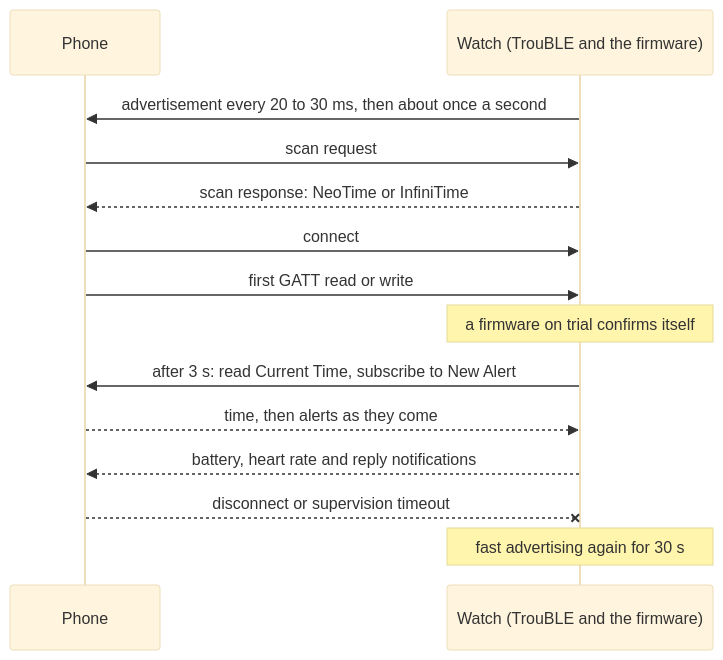
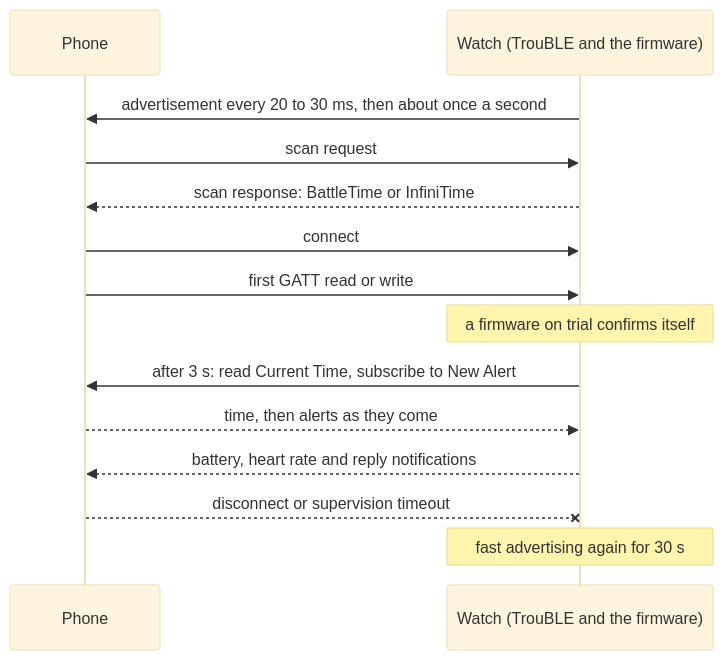
The second of 2 diagrams in docs/bluetooth.md (BeatLink/BattleTime), drawn with Mermaid (base theme) before and after one commit. The commit also changed other lines of this file and 1595 other files, not shown here.

First line of the commit message:
refactor!: rename NeoTime to BattleTime

````diff
--- a/docs/bluetooth.md
+++ b/docs/bluetooth.md
@@ -266,16 +266,16 @@
 ```mermaid
 sequenceDiagram
     participant Phone
     participant Watch as Watch (TrouBLE and the firmware)
     Watch->>Phone: advertisement every 20 to 30 ms, then about once a second
     Phone->>Watch: scan request
-    Watch-->>Phone: scan response: NeoTime or InfiniTime
+    Watch-->>Phone: scan response: BattleTime or InfiniTime
     Phone->>Watch: connect
     Phone->>Watch: first GATT read or write
     Note over Watch: a firmware on trial confirms itself
     Watch->>Phone: after 3 s: read Current Time, subscribe to New Alert
     Phone-->>Watch: time, then alerts as they come
     Watch-->>Phone: battery, heart rate and reply notifications
     Phone--xWatch: disconnect or supervision timeout
     Note over Watch: fast advertising again for 30 s
 ```
````
